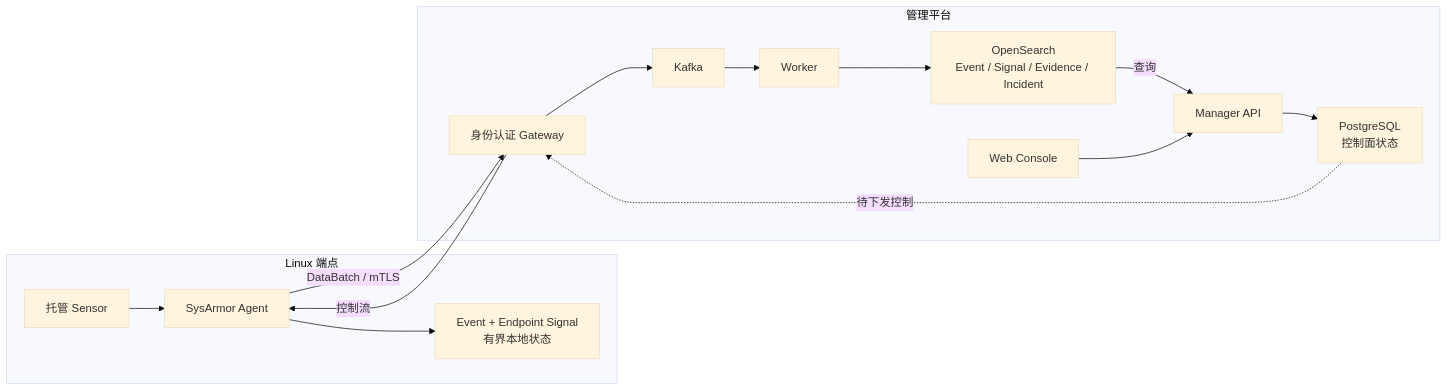
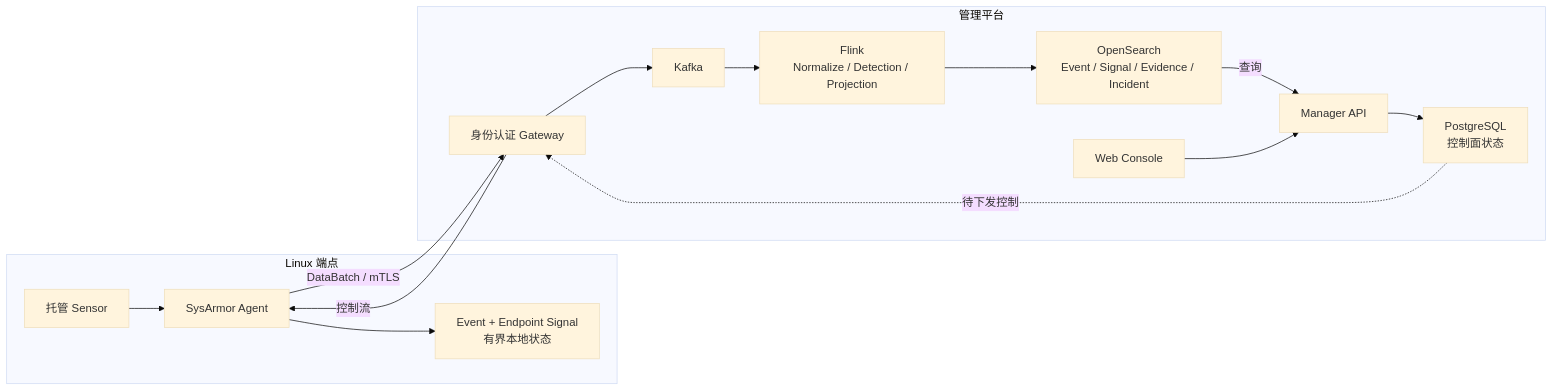
The diagram in README.zh-CN.md (PKU-ASAL/sysarmor), drawn with Mermaid (base theme) before and after one commit. The commit also changed other lines of this file and 16 other files, not shown here.

Commit message:
docs: align documentation with current streaming architecture

````diff
--- a/README.zh-CN.md
+++ b/README.zh-CN.md
@@ -19,20 +19,20 @@
 ```mermaid
 flowchart LR
   subgraph Endpoint["Linux 端点"]
     Sensor["托管 Sensor"] --> Agent["SysArmor Agent"]
     Agent --> Local["Event + Endpoint Signal<br/>有界本地状态"]
   end
 
   subgraph Platform["管理平台"]
     Gateway["身份认证 Gateway"] --> Kafka
-    Kafka --> Worker
-    Worker --> Search["OpenSearch<br/>Event / Signal / Evidence / Incident"]
+    Kafka --> Flink["Flink<br/>Normalize / Detection / Projection"]
+    Flink --> Search["OpenSearch<br/>Event / Signal / Evidence / Incident"]
     Search -->|"查询"| Manager["Manager API"]
     Console["Web Console"] --> Manager
     Manager --> ControlDB["PostgreSQL<br/>控制面状态"]
     ControlDB -.->|"待下发控制"| Gateway
   end
 
   Agent -->|"DataBatch / mTLS"| Gateway
   Gateway -->|"控制流"| Agent
 ```
````
